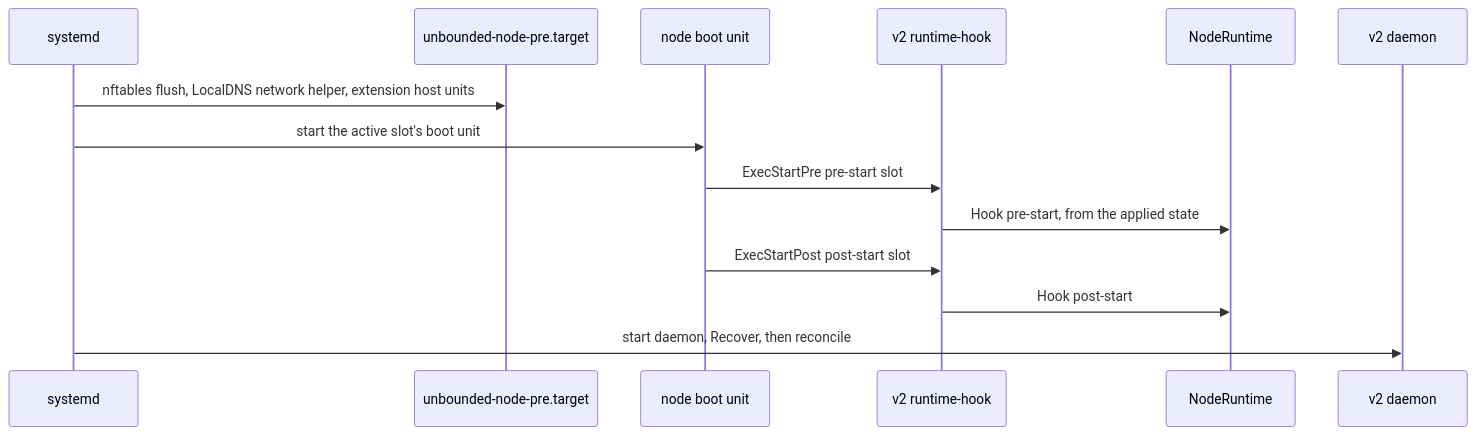
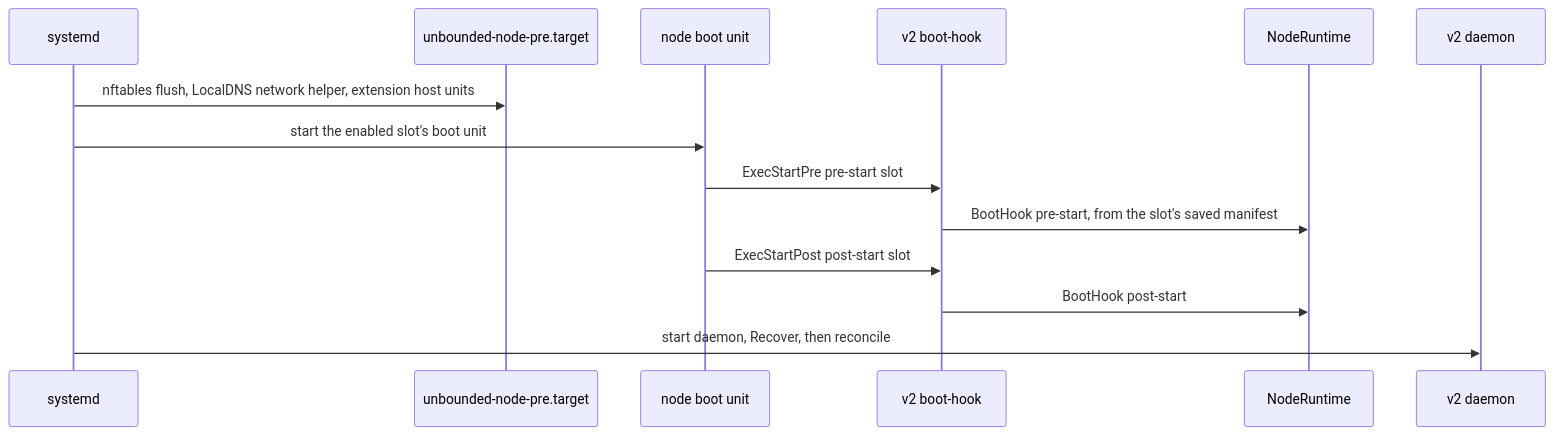
One commit to Azure/unbounded changed the fourth of 9 diagrams in designs/agent-v2.md. Above: the diagram before and after it, drawn with Mermaid. The commit also changed other lines of this file and 1 other file, not shown here.

````diff
--- a/designs/agent-v2.md
+++ b/designs/agent-v2.md
@@ -1067,16 +1156,16 @@
 ```mermaid
 sequenceDiagram
   participant SD as systemd
   participant Pre as unbounded-node-pre.target
   participant U as node boot unit
-  participant A as v2 runtime-hook
+  participant A as v2 boot-hook
   participant RT as NodeRuntime
   participant D as v2 daemon
   SD->>Pre: nftables flush, LocalDNS network helper, extension host units
-  SD->>U: start the active slot's boot unit
+  SD->>U: start the enabled slot's boot unit
   U->>A: ExecStartPre pre-start slot
-  A->>RT: Hook pre-start, from the applied state
+  A->>RT: BootHook pre-start, from the slot's saved manifest
   U->>A: ExecStartPost post-start slot
-  A->>RT: Hook post-start
+  A->>RT: BootHook post-start
   SD->>D: start daemon, Recover, then reconcile
 ```
````
